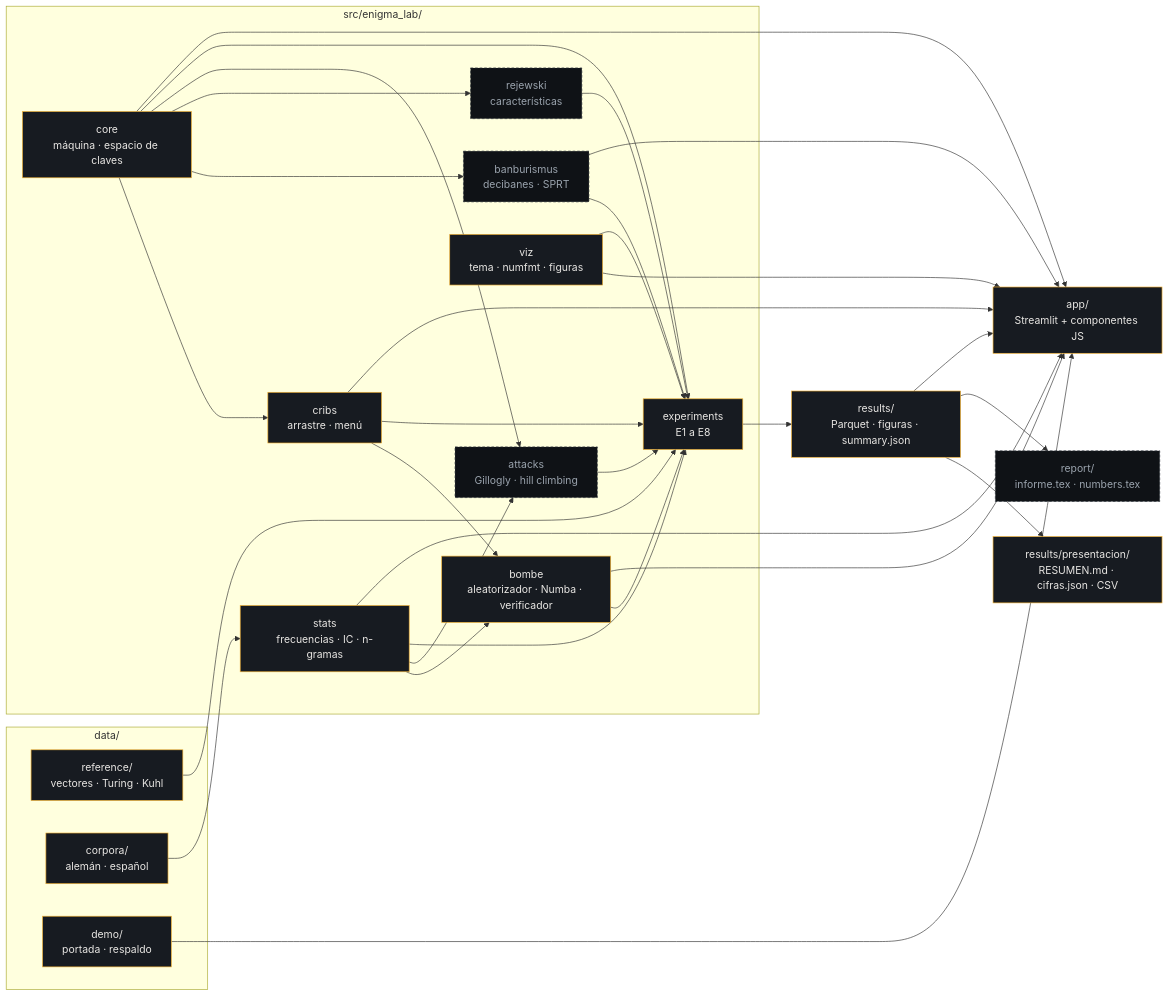
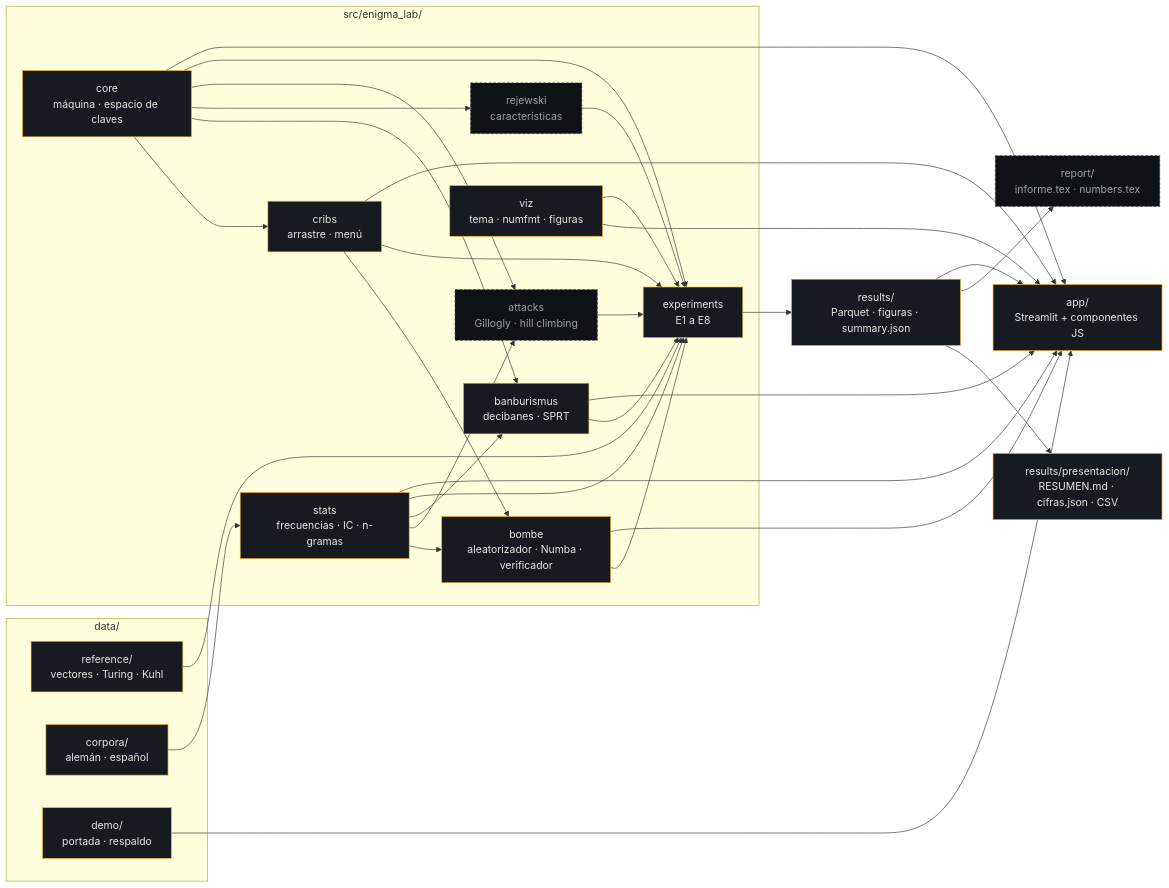
Before and after one commit to Cartosn/enigma-lab: the first of 4 diagrams in docs/ARQUITECTURA.md, drawn with Mermaid. The commit also changed other lines of this file and 22 other files, not shown here.

````diff
--- a/docs/ARQUITECTURA.md
+++ b/docs/ARQUITECTURA.md
@@ -12,47 +12,48 @@
 ```mermaid
 flowchart LR
     subgraph data["data/"]
         ref["reference/<br/>vectores · Turing · Kuhl"]
         corp["corpora/<br/>alemán · español"]
         demo["demo/<br/>portada · respaldo"]
     end
 
     subgraph lib["src/enigma_lab/"]
         core["core<br/>máquina · espacio de claves"]
         stats["stats<br/>frecuencias · IC · n-gramas"]
         cribs["cribs<br/>arrastre · menú"]
         bombe["bombe<br/>aleatorizador · Numba · verificador"]
         banb["banburismus<br/>decibanes · SPRT"]
         rej["rejewski<br/>características"]
         att["attacks<br/>Gillogly · hill climbing"]
         exp["experiments<br/>E1 a E8"]
         viz["viz<br/>tema · numfmt · figuras"]
     end
 
     app["app/<br/>Streamlit + componentes JS"]
     results["results/<br/>Parquet · figuras · summary.json"]
     pres["results/presentacion/<br/>RESUMEN.md · cifras.json · CSV"]
     report["report/<br/>informe.tex · numbers.tex"]
 
     corp --> stats
     ref --> exp
     demo --> app
     core --> cribs --> bombe
     core --> banb
     core --> rej
     stats --> bombe
     stats --> att
     core --> att
+    stats --> banb
     core & stats & cribs & bombe & banb & rej & att --> exp
     exp --> results --> pres
     results --> report
     viz --> app
     viz --> exp
     core & stats & cribs & bombe & banb --> app
     results --> app
 
     classDef done fill:#171B21,stroke:#F2B134,color:#E8E6E3
     classDef todo fill:#0F1216,stroke:#2A3038,color:#9AA3AD,stroke-dasharray: 4 3
-    class core,viz,app,exp,results,pres,ref,demo,stats,cribs,corp,bombe done
-    class banb,rej,att,report todo
+    class core,viz,app,exp,results,pres,ref,demo,stats,cribs,corp,bombe,banb done
+    class rej,att,report todo
 ```
````
